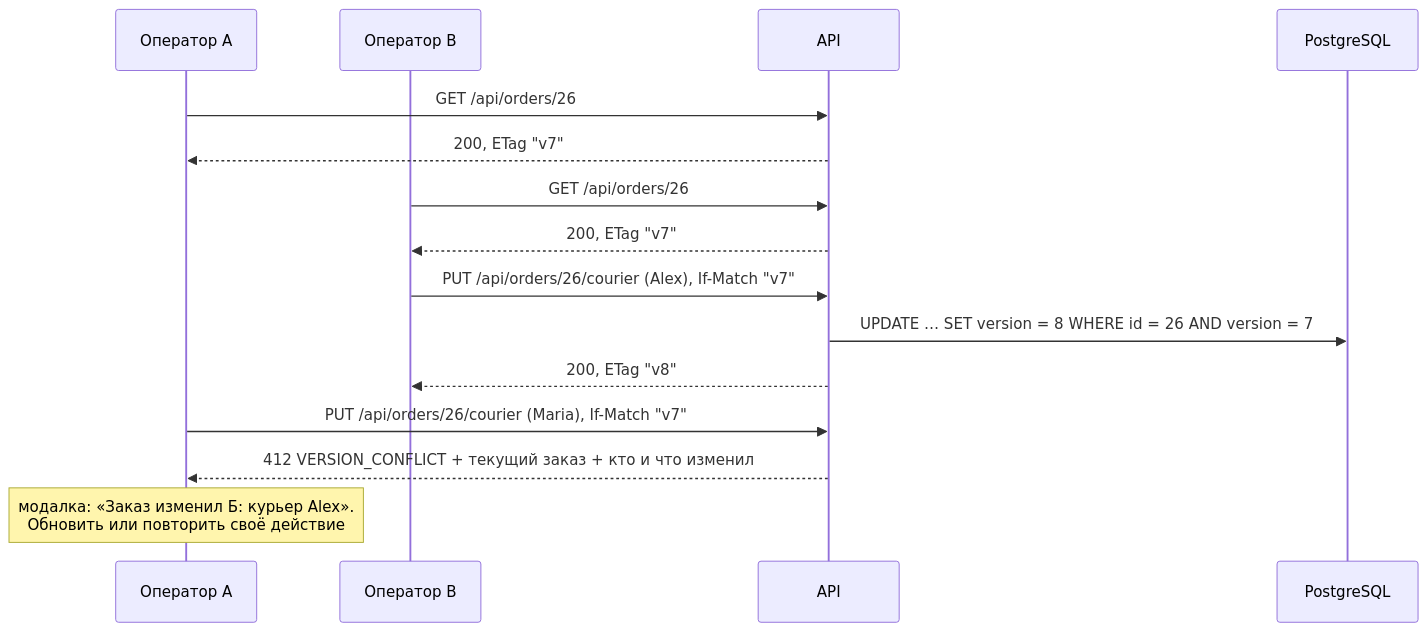
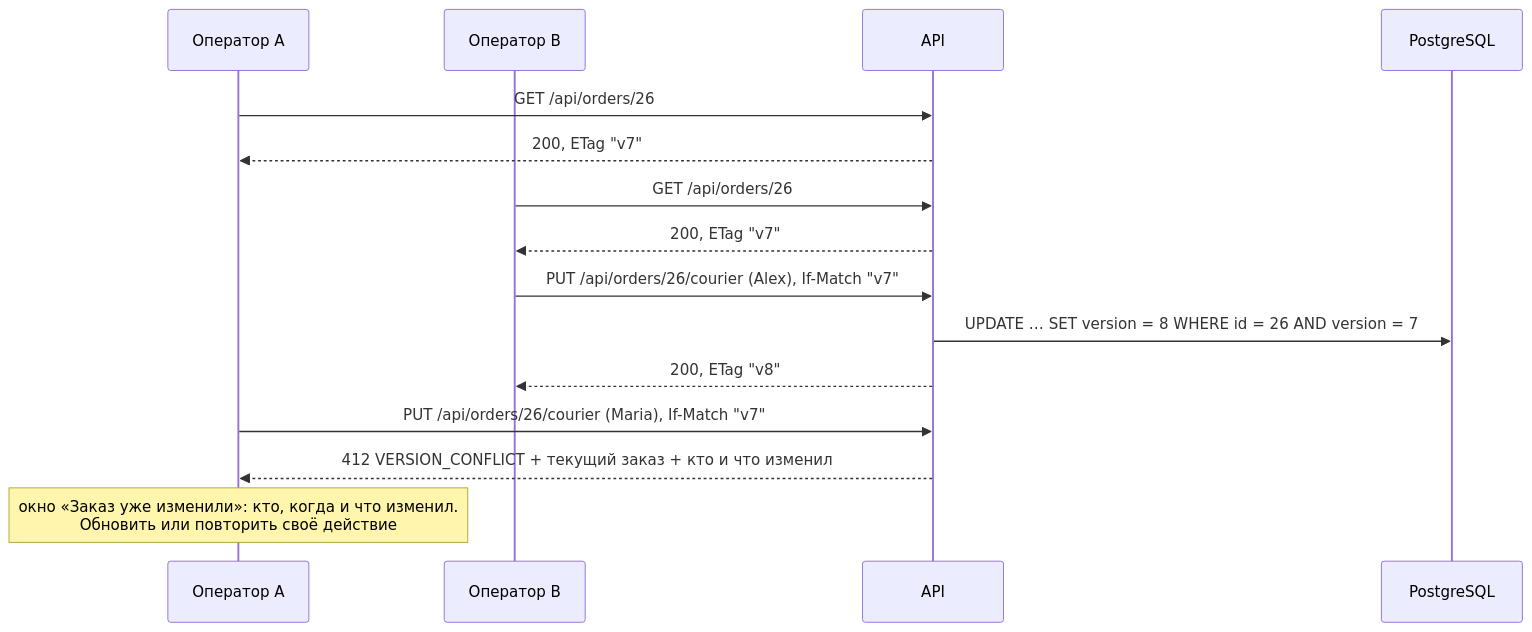
One commit to m-narminov/delivery_08 changed the fourth of 4 diagrams in README.md. Above: the diagram before and after it, drawn with Mermaid. The commit also changed other lines of this file and 5 other files, not shown here.

````diff
--- a/README.md
+++ b/README.md
@@ -138,17 +179,17 @@
 ```mermaid
 sequenceDiagram
   participant A as Оператор A
   participant B as Оператор B
   participant API
   participant DB as PostgreSQL
   A->>API: GET /api/orders/26
   API-->>A: 200, ETag "v7"
   B->>API: GET /api/orders/26
   API-->>B: 200, ETag "v7"
   B->>API: PUT /api/orders/26/courier (Alex), If-Match "v7"
   API->>DB: UPDATE … SET version = 8 WHERE id = 26 AND version = 7
   API-->>B: 200, ETag "v8"
   A->>API: PUT /api/orders/26/courier (Maria), If-Match "v7"
   API-->>A: 412 VERSION_CONFLICT + текущий заказ + кто и что изменил
-  Note over A: модалка: «Заказ изменил Б: курьер Alex».<br/>Обновить или повторить своё действие
+  Note over A: окно «Заказ уже изменили»: кто, когда и что изменил.<br/>Обновить или повторить своё действие
 ```
````
